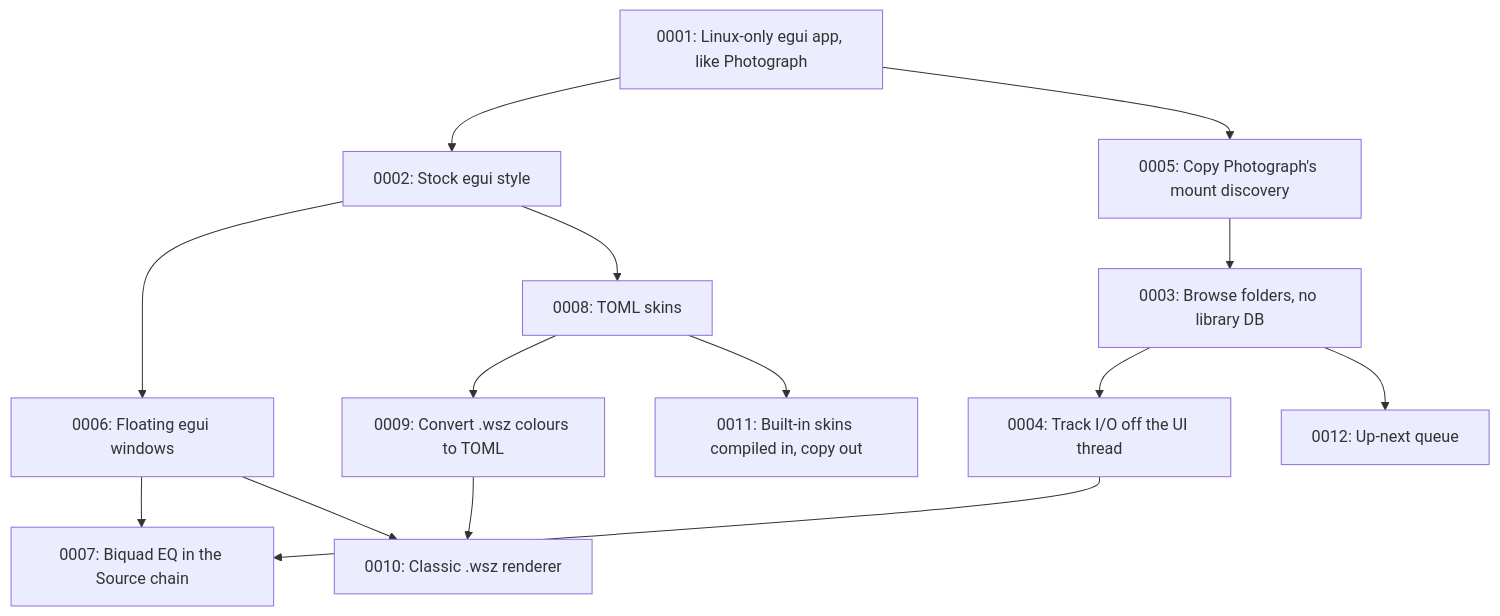
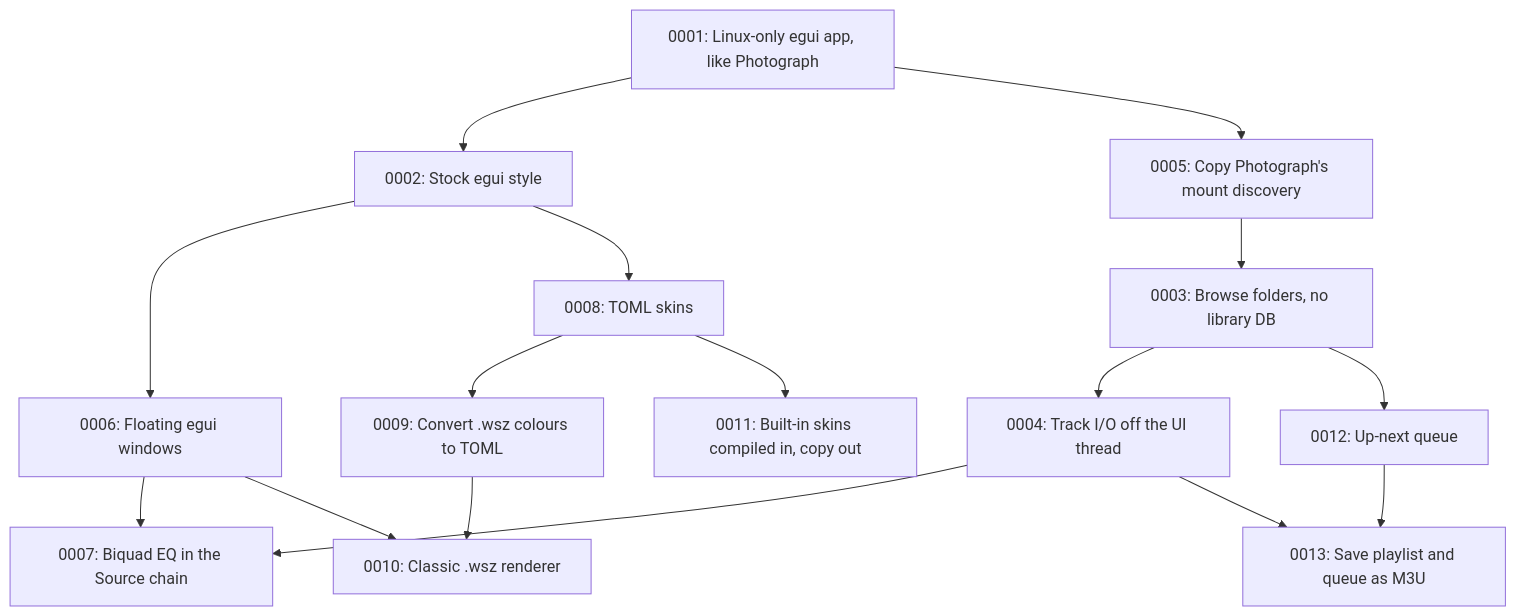
The diagram in docs/adr/README.md (divanvisagie/UnAmp), drawn with Mermaid before and after one commit. The commit also changed other lines of this file and 8 other files, not shown here.

First line of the commit message:
Save the playlist and queue, restore them on startup

````diff
--- a/docs/adr/README.md
+++ b/docs/adr/README.md
@@ -58,16 +59,18 @@
 ```mermaid
 flowchart TD
     A[0001: Linux-only egui app, like Photograph] --> B[0002: Stock egui style]
     A --> E[0005: Copy Photograph's mount discovery]
     C[0003: Browse folders, no library DB] --> D[0004: Track I/O off the UI thread]
     E --> C
     B --> F[0006: Floating egui windows]
     D --> G[0007: Biquad EQ in the Source chain]
     F --> G
     B --> H[0008: TOML skins]
     H --> I[0009: Convert .wsz colours to TOML]
     I --> J[0010: Classic .wsz renderer]
     F --> J
     H --> K[0011: Built-in skins compiled in, copy out]
     C --> L[0012: Up-next queue]
+    L --> M[0013: Save playlist and queue as M3U]
+    D --> M
 ```
````
